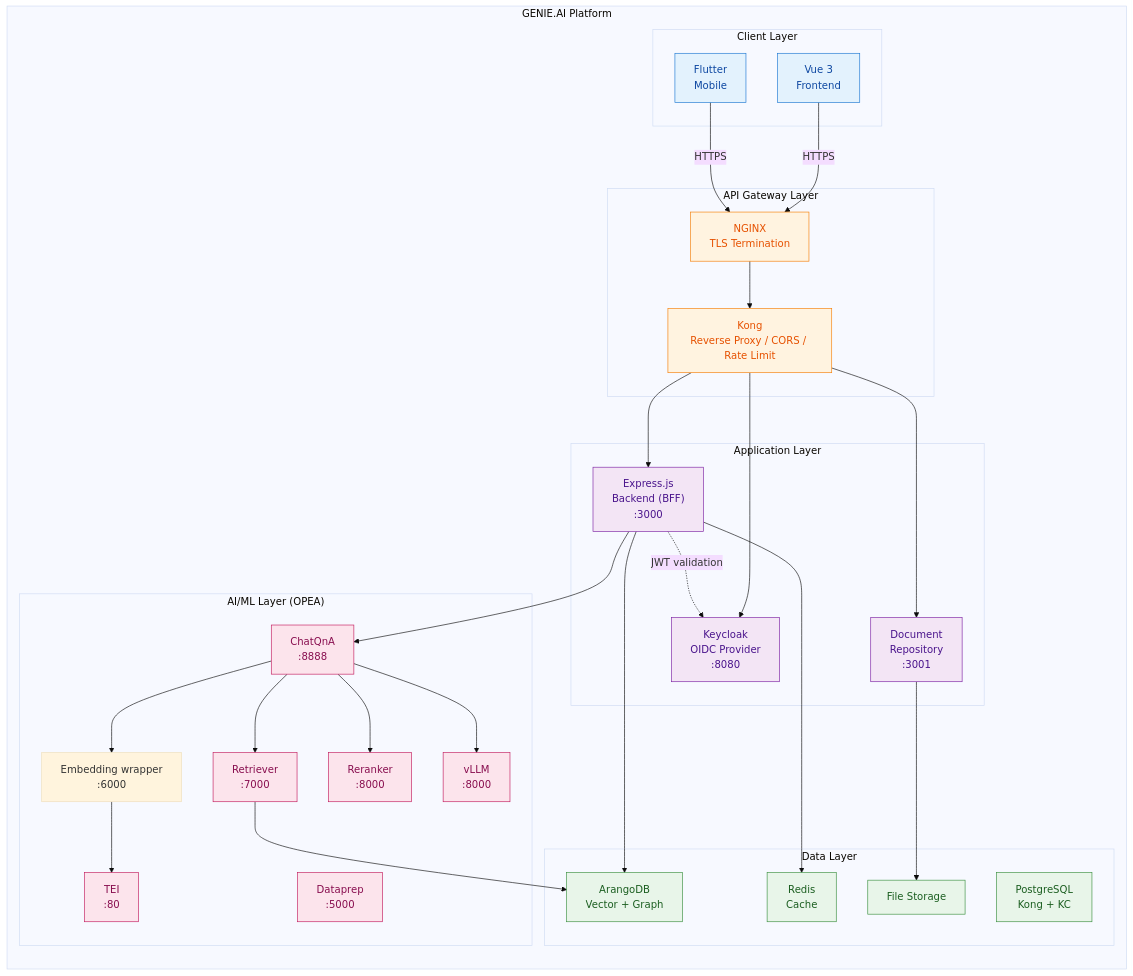
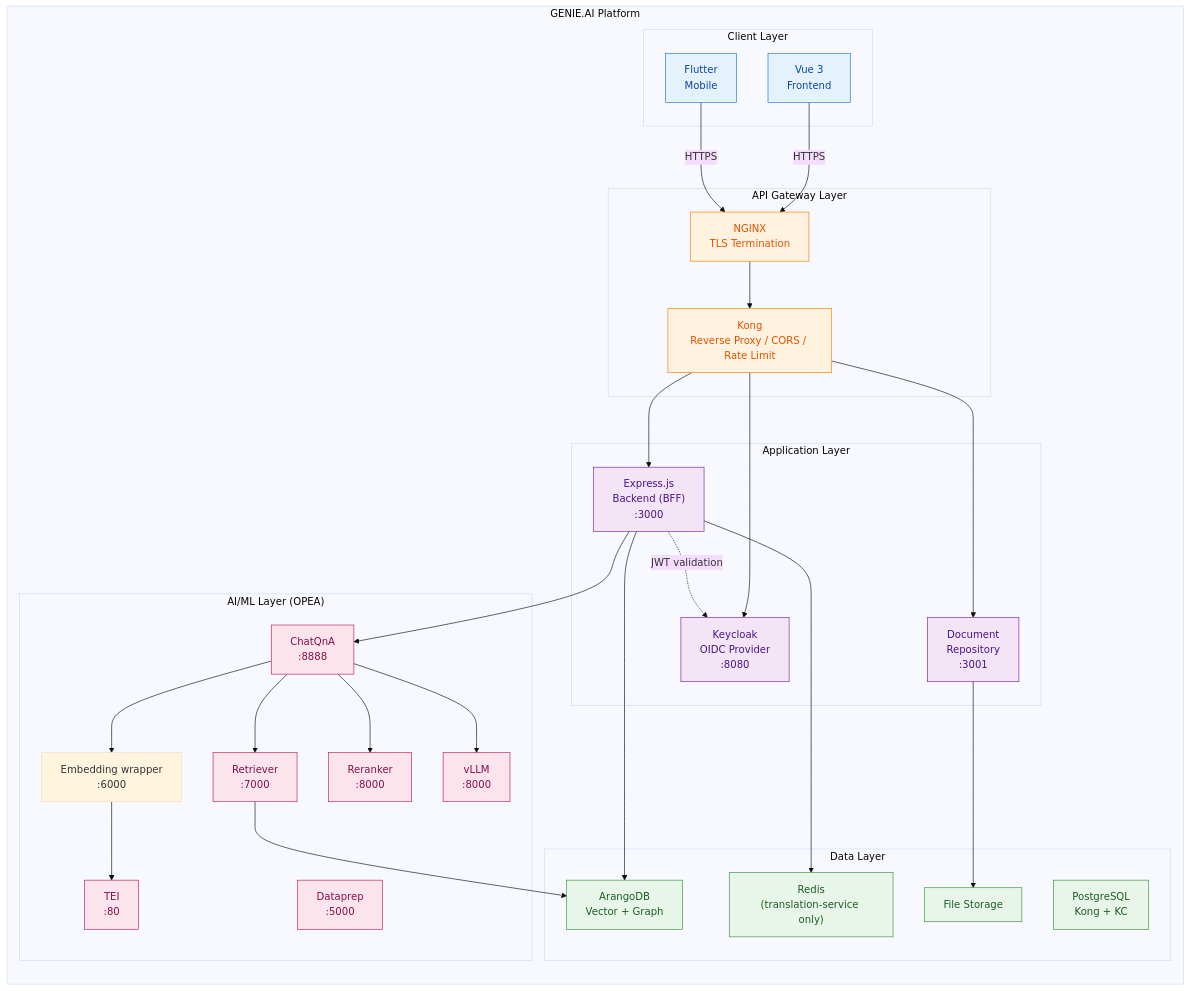
One commit to jrevillard/genie-ai-replica changed the first of 6 diagrams in site/content/en/docs/core/integration-architecture.md. Above: the diagram before and after it, drawn with Mermaid (base theme). The commit also changed 1 other file, not shown here.

Commit message:
fix(docs): Wave 71 corrections (3 P1 port/comment/label drift)
P1#1 source-tree-analysis.md:858 — port table row Frontend
labeled 5173 (Vue dev-server, disabled OPEA). Actual internal port
is 8090. Same Wave 70 P0-2 error in quickstart-developer.md:48 was
fixed in commit d3446fdaf; this duplicate survived.

P1#2 source-tree-analysis.md:239 — file-tree comment claimed
`session-service.js # Session management (Redis)`. Service
actually uses ArangoDB (sessions, userSessions, sessionQueries
collections). Same root cause as Wave 70 P1-2 prose fix on line 649;
this comment drifted to the file-tree sidebar and survived.

P1#3 integration-architecture.md:67 — Redis Mermaid label was
generic 'Cache'. Source-tree-analysis.md:620 already uses the
precise '(translation-service only)' label after Wave 70. Brought
the integration-architecture System Overview into parity.

````diff
--- a/site/content/en/docs/core/integration-architecture.md
+++ b/site/content/en/docs/core/integration-architecture.md
@@ -43,69 +43,69 @@
 ```mermaid
 flowchart TB
     subgraph Platform["GENIE.AI Platform"]
         direction TB
 
         subgraph Clients["Client Layer"]
             Vue["Vue 3<br/>Frontend"]
             Flutter["Flutter<br/>Mobile"]
         end
 
         subgraph Gateway["API Gateway Layer"]
             Nginx["NGINX<br/>TLS Termination"]
             Kong["Kong<br/>Reverse Proxy / CORS / Rate Limit"]
             Nginx --> Kong
         end
 
         subgraph App["Application Layer"]
             Backend["Express.js<br/>Backend (BFF)<br/>:3000"]
             DocRepo["Document<br/>Repository<br/>:3001"]
             Keycloak["Keycloak<br/>OIDC Provider<br/>:8080"]
         end
 
         subgraph Data["Data Layer"]
             Arango["ArangoDB<br/>Vector + Graph"]
-            Redis["Redis<br/>Cache"]
+            Redis["Redis<br/>(translation-service only)"]
             Postgres["PostgreSQL<br/>Kong + KC"]
             Files["File Storage"]
         end
 
         subgraph AI["AI/ML Layer (OPEA)"]
             ChatQnA["ChatQnA<br/>:8888"]
             Embedding["Embedding wrapper<br/>:6000"]
             Retriever["Retriever<br/>:7000"]
             Reranker["Reranker<br/>:8000"]
             TEI["TEI<br/>:80"]
             VLLM["vLLM<br/>:8000"]
             Dataprep["Dataprep<br/>:5000"]
         end
 
         Vue -->|HTTPS| Nginx
         Flutter -->|HTTPS| Nginx
         Kong --> Backend
         Kong --> DocRepo
         Kong --> Keycloak
         Backend --> Arango
         Backend --> Redis
         Backend --> ChatQnA
         DocRepo --> Files
         ChatQnA --> Embedding
         ChatQnA --> Retriever
         ChatQnA --> Reranker
         Embedding --> TEI
         ChatQnA --> VLLM
         Retriever --> Arango
         Backend -. "JWT validation" .-> Keycloak
     end
 
     classDef client    fill:#e3f2fd,stroke:#1976d2,color:#0d47a1
     classDef gateway   fill:#fff3e0,stroke:#f57c00,color:#e65100
     classDef app       fill:#f3e5f5,stroke:#7b1fa2,color:#4a148c
     classDef data      fill:#e8f5e9,stroke:#388e3c,color:#1b5e20
     classDef ai        fill:#fce4ec,stroke:#c2185b,color:#880e4f
 
     class Vue,Flutter client
     class Nginx,Kong gateway
     class Backend,DocRepo,Keycloak app
     class Arango,Redis,Postgres,Files data
     class ChatQnA,Retriever,Reranker,TEI,VLLM,Dataprep ai
 ```
````
